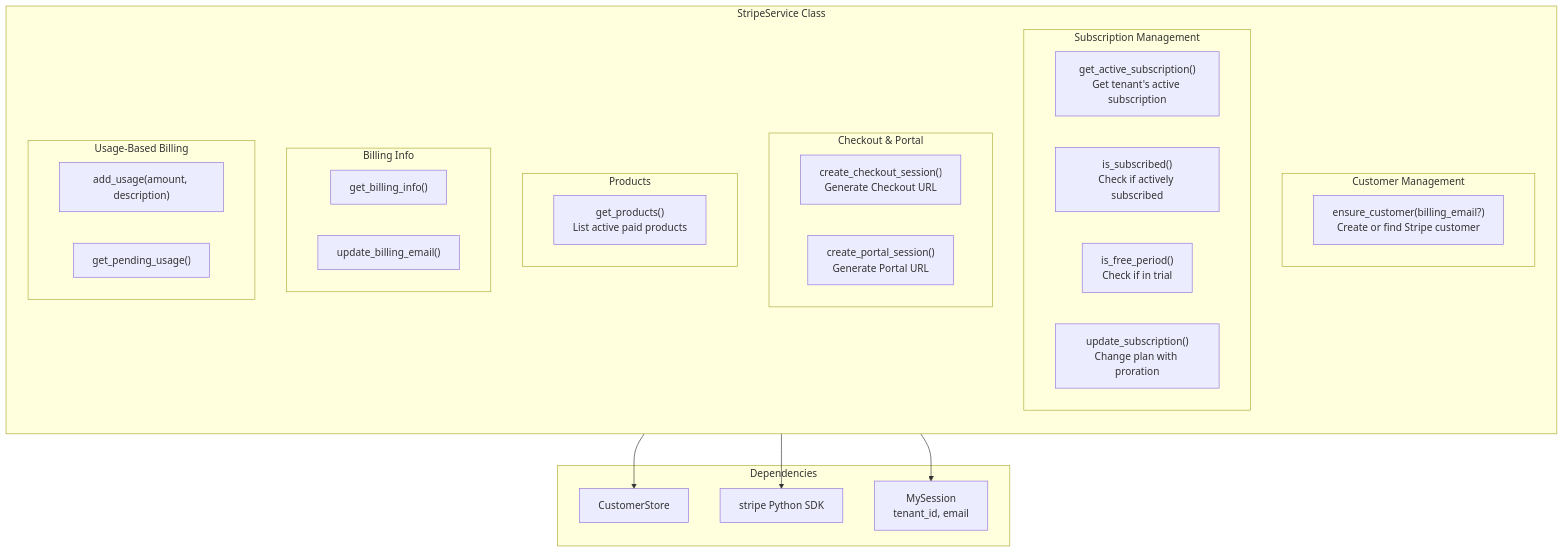
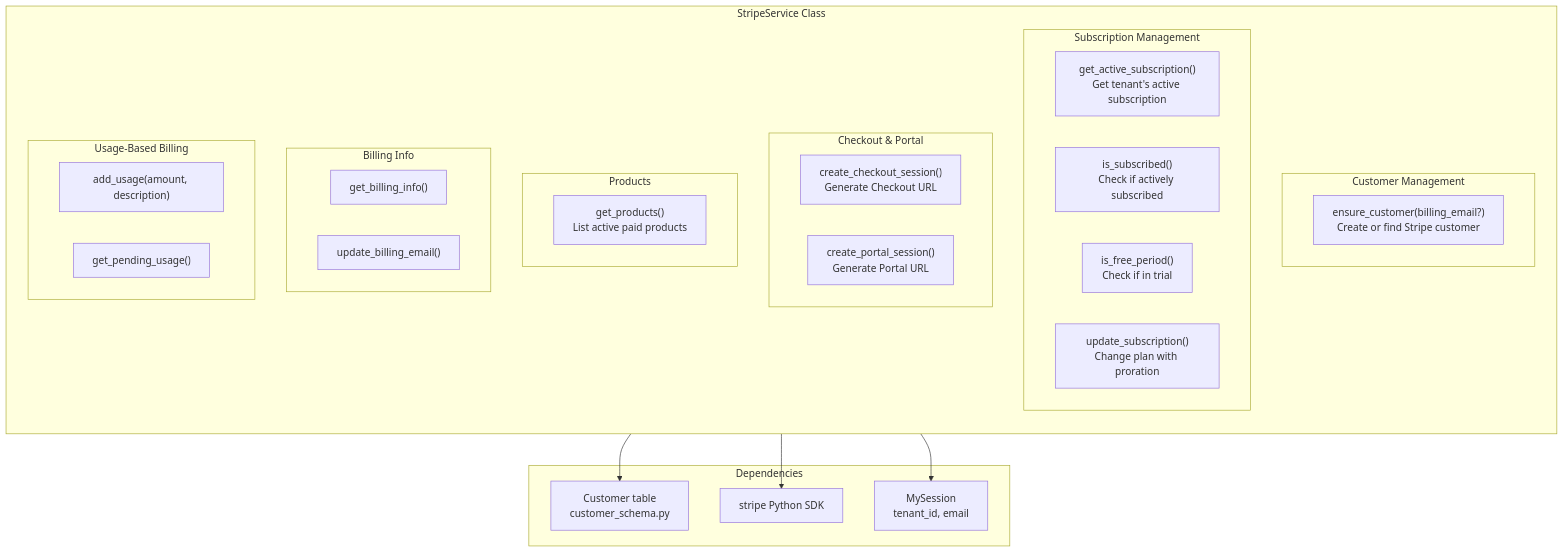
The fourth of 13 diagrams in docs/stripe-architecture.md (wristband-dev/fastapi-template), drawn with Mermaid before and after one commit. The commit also changed other lines of this file and 53 other files, not shown here.

````diff
--- a/docs/stripe-architecture.md
+++ b/docs/stripe-architecture.md
@@ -177,46 +173,46 @@
 ```mermaid
 flowchart TB
     subgraph StripeService [StripeService Class]
         direction TB
         
         subgraph customer [Customer Management]
             ensure_customer["ensure_customer(billing_email?)<br/>Create or find Stripe customer"]
         end
         
         subgraph subscription [Subscription Management]
             get_subscription["get_active_subscription()<br/>Get tenant's active subscription"]
             is_subscribed["is_subscribed()<br/>Check if actively subscribed"]
             is_free_period["is_free_period()<br/>Check if in trial"]
             update_subscription["update_subscription()<br/>Change plan with proration"]
         end
         
         subgraph checkout [Checkout & Portal]
             create_checkout["create_checkout_session()<br/>Generate Checkout URL"]
             create_portal["create_portal_session()<br/>Generate Portal URL"]
         end
         
         subgraph products [Products]
             get_products["get_products()<br/>List active paid products"]
         end
         
         subgraph billing [Billing Info]
             get_billing_info["get_billing_info()"]
             update_billing_email["update_billing_email()"]
         end
         
         subgraph usage [Usage-Based Billing]
             add_usage["add_usage(amount, description)"]
             get_pending_usage["get_pending_usage()"]
         end
     end
     
     subgraph deps [Dependencies]
-        CustomerStore[CustomerStore]
+        CustomerSchema[Customer table<br/>customer_schema.py]
         StripeSDK[stripe Python SDK]
         Session[MySession<br/>tenant_id, email]
     end
     
-    StripeService --> CustomerStore
+    StripeService --> CustomerSchema
     StripeService --> StripeSDK
     StripeService --> Session
 ```
````
